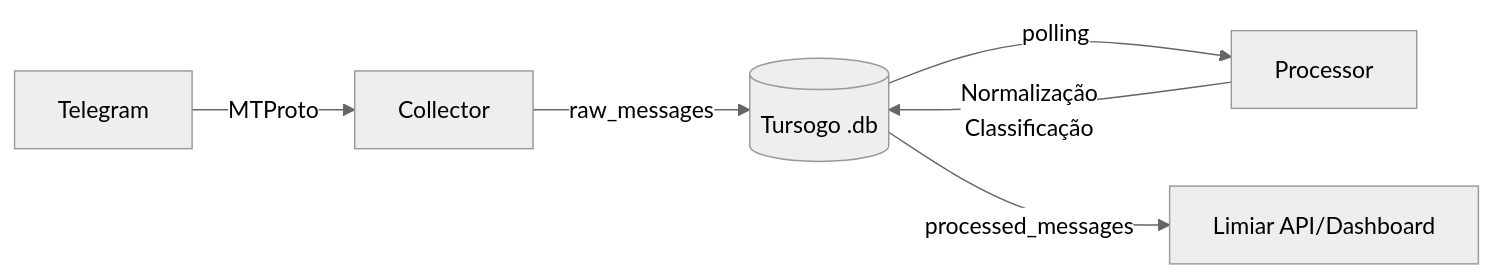
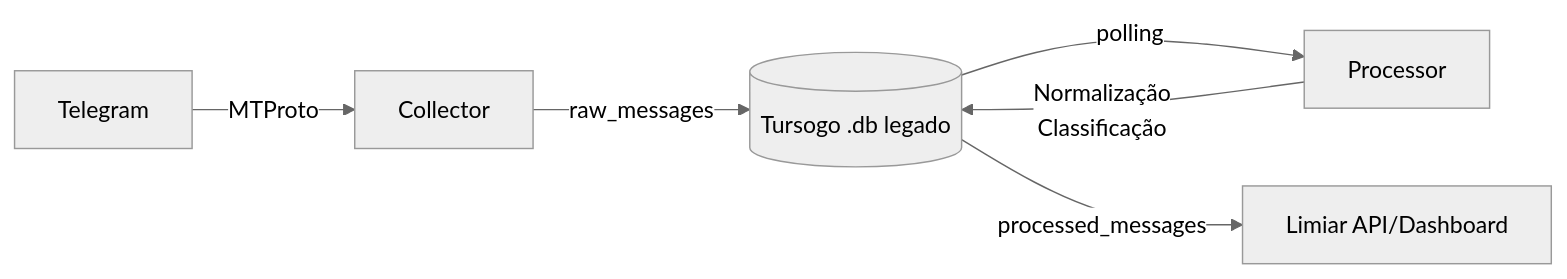
The diagram in README.md (LuigiAPCPereira/limiar2), drawn with Mermaid (neutral theme) before and after one commit. The commit also changed other lines of this file, not shown here.

````diff
--- a/README.md
+++ b/README.md
@@ -25,8 +27,8 @@
 ```mermaid
 flowchart LR
     A[Telegram] -- "MTProto" --> B[Collector]
-    B -- "raw_messages" --> DB[(Tursogo .db)]
+    B -- "raw_messages" --> DB[(Tursogo .db legado)]
     DB -- "polling" --> C[Processor]
     C -- "Normalização\nClassificação" --> DB
     DB -- "processed_messages" --> D[Limiar API/Dashboard]
 ```
````
